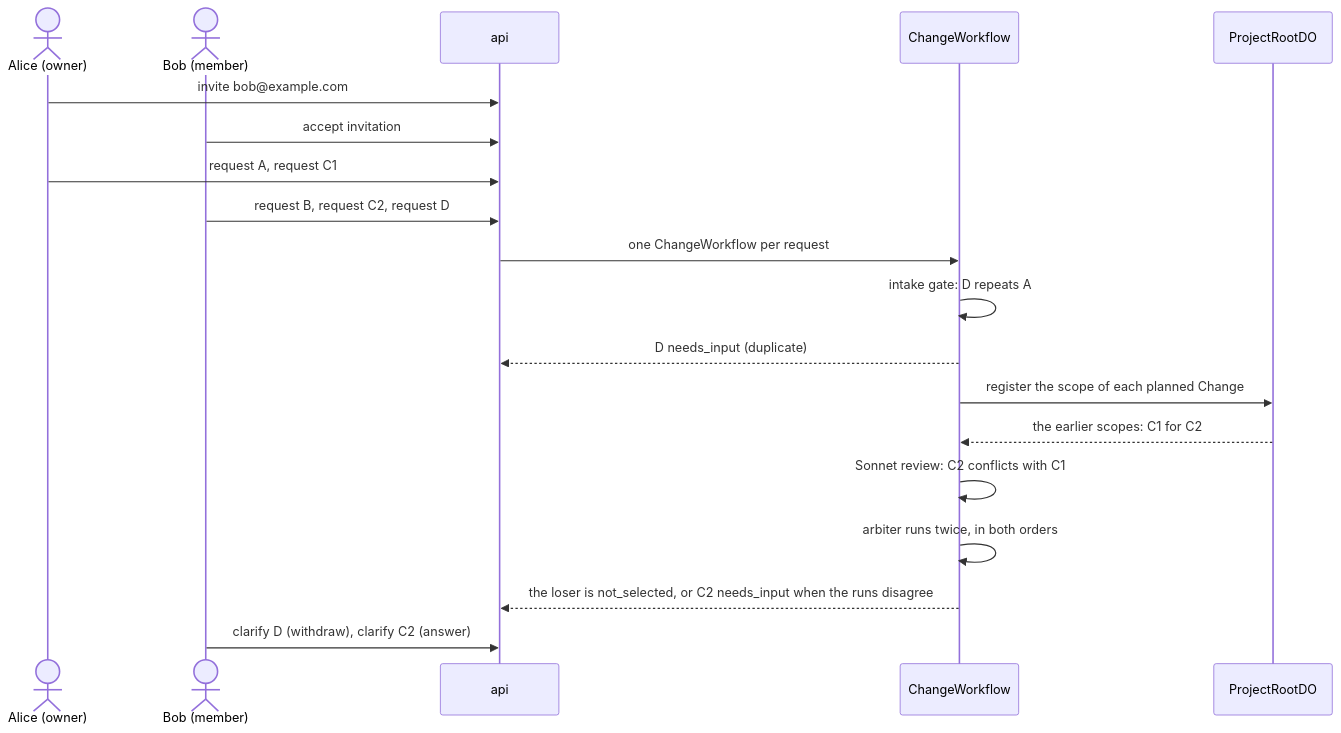
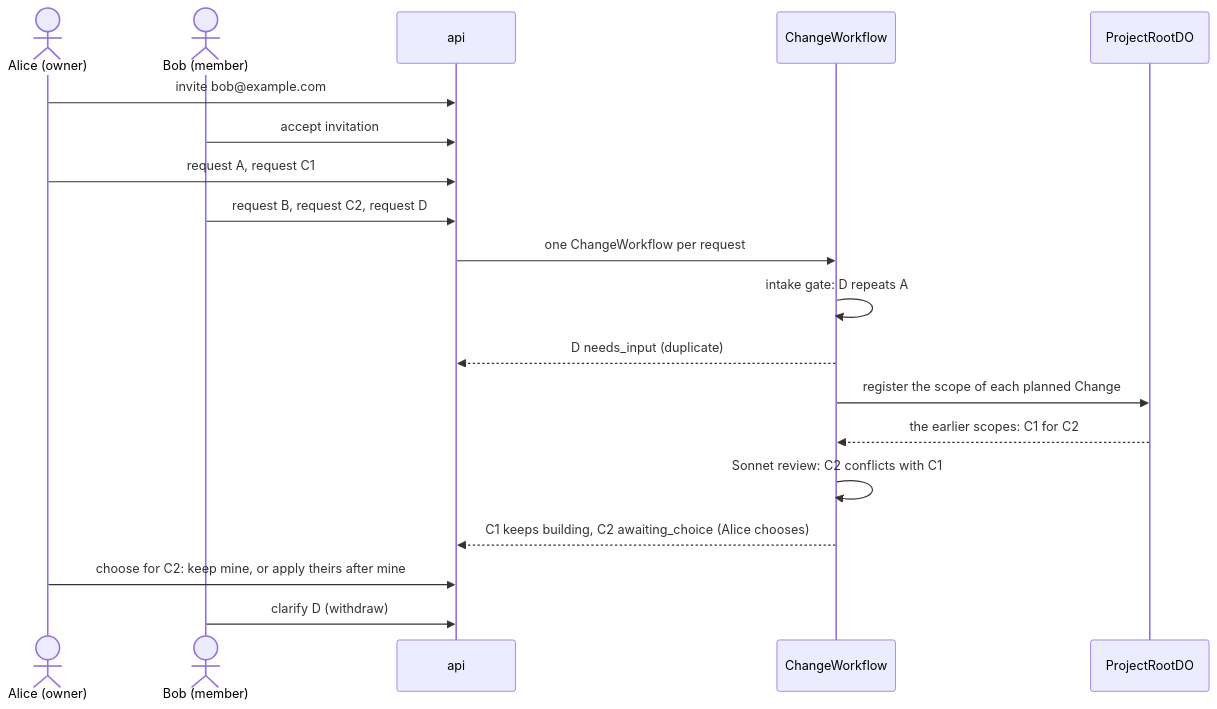
The diagram in docs/demo/shared-requests.md (nsudhanva/rhumbatron), drawn with Mermaid before and after one commit. The commit also changed other lines of this file and 97 other files, not shown here.

````diff
--- a/docs/demo/shared-requests.md
+++ b/docs/demo/shared-requests.md
@@ -7,21 +7,21 @@
 ```mermaid
 sequenceDiagram
   actor A as Alice (owner)
   actor B as Bob (member)
   participant API as api
   participant W as ChangeWorkflow
   participant R as ProjectRootDO
   A->>API: invite bob@example.com
   B->>API: accept invitation
   A->>API: request A, request C1
   B->>API: request B, request C2, request D
   API->>W: one ChangeWorkflow per request
   W->>W: intake gate: D repeats A
   W-->>API: D needs_input (duplicate)
   W->>R: register the scope of each planned Change
   R-->>W: the earlier scopes: C1 for C2
   W->>W: Sonnet review: C2 conflicts with C1
-  W->>W: arbiter runs twice, in both orders
-  W-->>API: the loser is not_selected, or C2 needs_input when the runs disagree
-  B->>API: clarify D (withdraw), clarify C2 (answer)
+  W-->>API: C1 keeps building, C2 awaiting_choice (Alice chooses)
+  A->>API: choose for C2: keep mine, or apply theirs after mine
+  B->>API: clarify D (withdraw)
 ```
````
